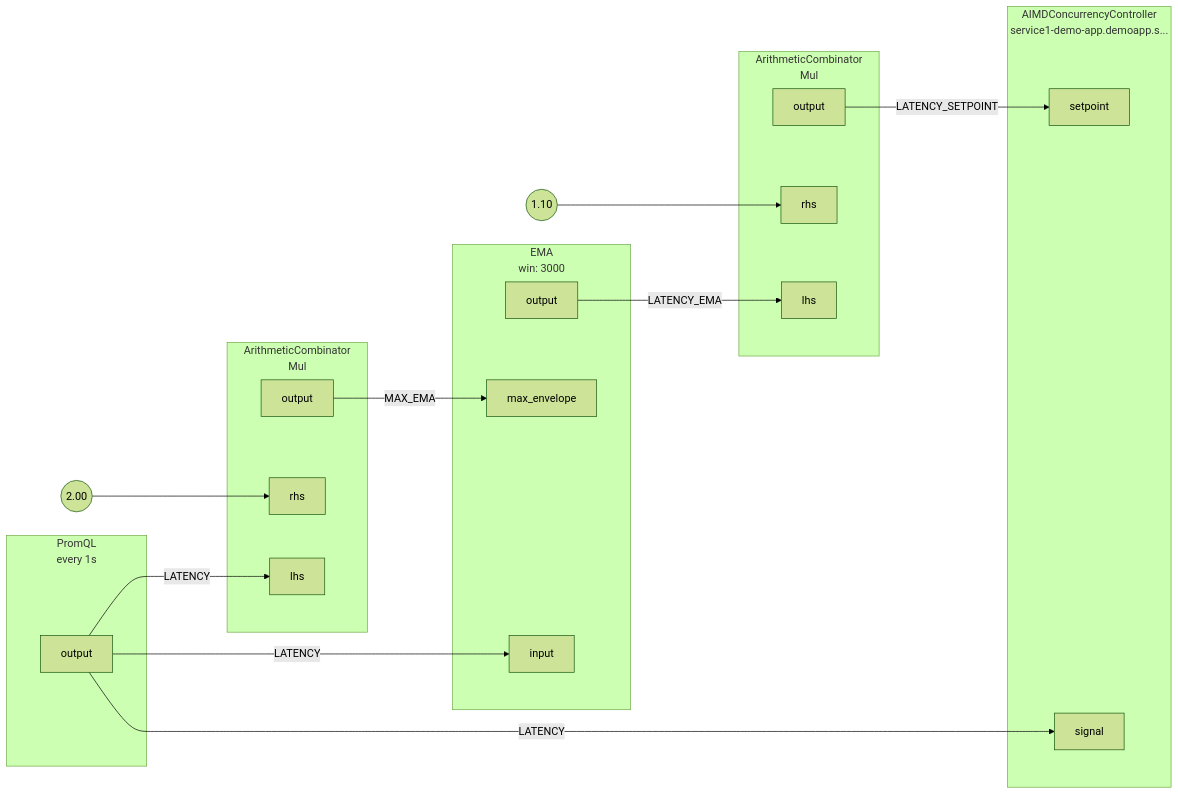
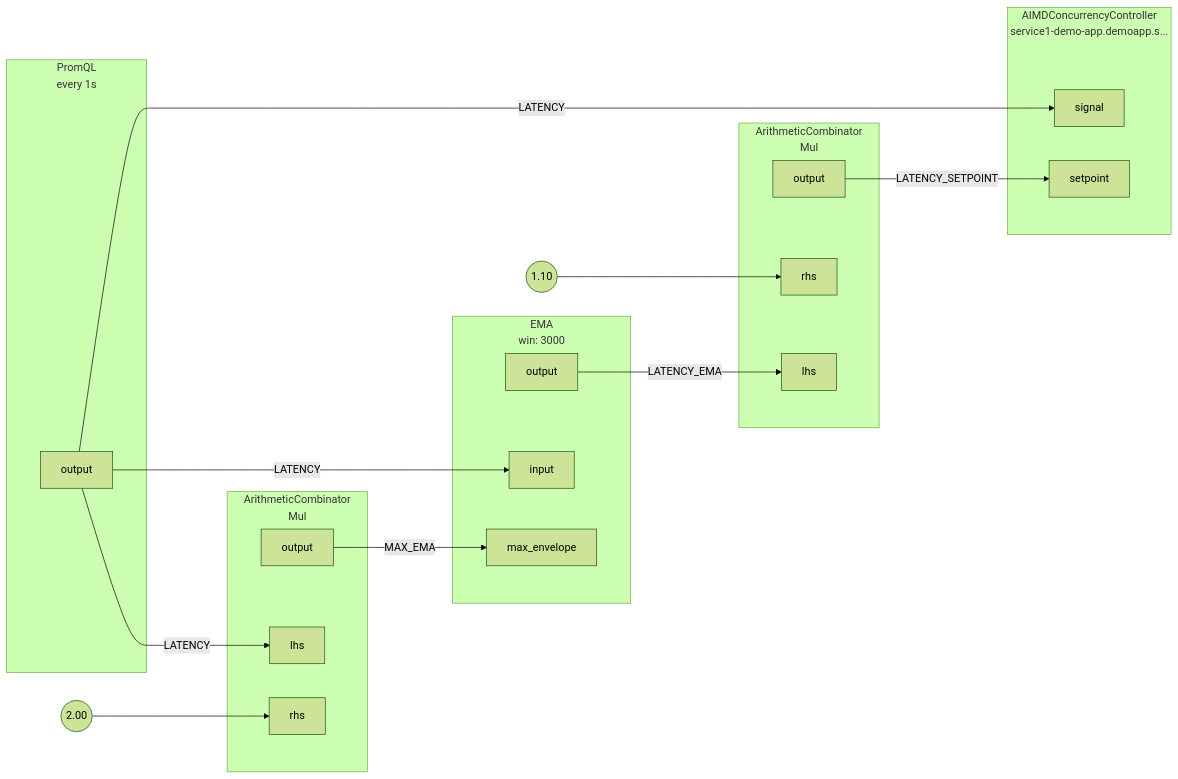
The diagram in docs/content/tutorials/integrations/flow-control/concurrency-limiting/assets/workload-prioritization/workload-prioritization.mmd (dataongunlaws/aperture), drawn with Mermaid (forest theme) before and after one commit. The commit also changed other lines of this file and 76 other files, not shown here.

```diff
--- a/docs/content/tutorials/integrations/flow-control/concurrency-limiting/assets/workload-prioritization/workload-prioritization.mmd
+++ b/docs/content/tutorials/integrations/flow-control/concurrency-limiting/assets/workload-prioritization/workload-prioritization.mmd
@@ -1,60 +1,60 @@
 flowchart LR
 subgraph root.0[<center>PromQL<br/>every 1s</center>]
 subgraph root.0_outports[ ]
 style root.0_outports fill:none,stroke:none
 root.0output[output]
 end
 end
 FakeConstant0((2.00))
 FakeConstant0 --> root.1rhs
 subgraph root.1[<center>ArithmeticCombinator<br/>Mul</center>]
 subgraph root.1_inports[ ]
 style root.1_inports fill:none,stroke:none
+root.1rhs[rhs]
 root.1lhs[lhs]
-root.1rhs[rhs]
 end
 subgraph root.1_outports[ ]
 style root.1_outports fill:none,stroke:none
 root.1output[output]
 end
 end
 FakeConstant1((1.10))
 FakeConstant1 --> root.2rhs
 subgraph root.2[<center>ArithmeticCombinator<br/>Mul</center>]
 subgraph root.2_inports[ ]
 style root.2_inports fill:none,stroke:none
+root.2lhs[lhs]
 root.2rhs[rhs]
-root.2lhs[lhs]
 end
 subgraph root.2_outports[ ]
 style root.2_outports fill:none,stroke:none
 root.2output[output]
 end
 end
 subgraph root.3[<center>EMA<br/>win: 3000</center>]
 subgraph root.3_inports[ ]
 style root.3_inports fill:none,stroke:none
+root.3input[input]
 root.3max_envelope[max_envelope]
-root.3input[input]
 end
 subgraph root.3_outports[ ]
 style root.3_outports fill:none,stroke:none
 root.3output[output]
 end
 end
 subgraph root.4[<center>AIMDConcurrencyController<br/>service1-demo-app.demoapp.s...</center>]
 subgraph root.4_inports[ ]
 style root.4_inports fill:none,stroke:none
 root.4setpoint[setpoint]
 root.4signal[signal]
 end
 subgraph root.4_outports[ ]
 style root.4_outports fill:none,stroke:none
 end
 end
+root.2output --> |LATENCY_SETPOINT| root.4setpoint
+root.3output --> |LATENCY_EMA| root.2lhs
 root.0output --> |LATENCY| root.1lhs
 root.0output --> |LATENCY| root.3input
 root.0output --> |LATENCY| root.4signal
 root.1output --> |MAX_EMA| root.3max_envelope
-root.2output --> |LATENCY_SETPOINT| root.4setpoint
-root.3output --> |LATENCY_EMA| root.2lhs
```
